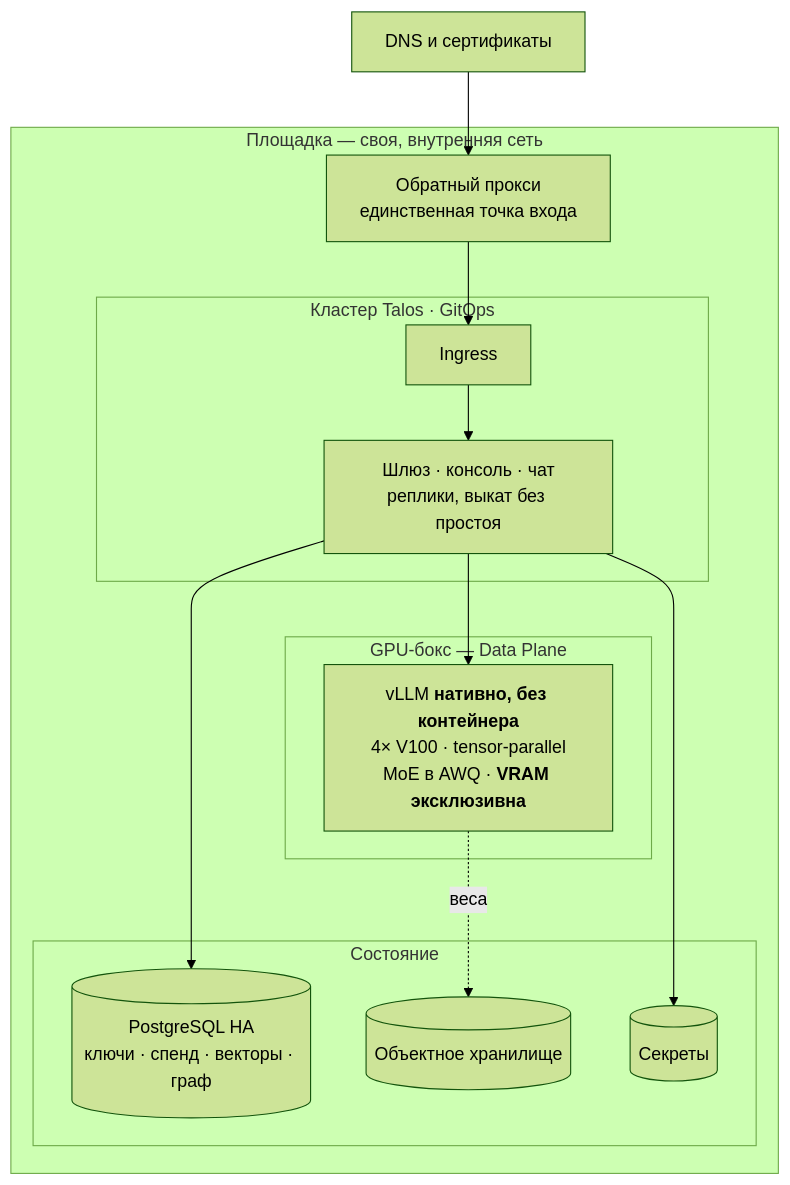
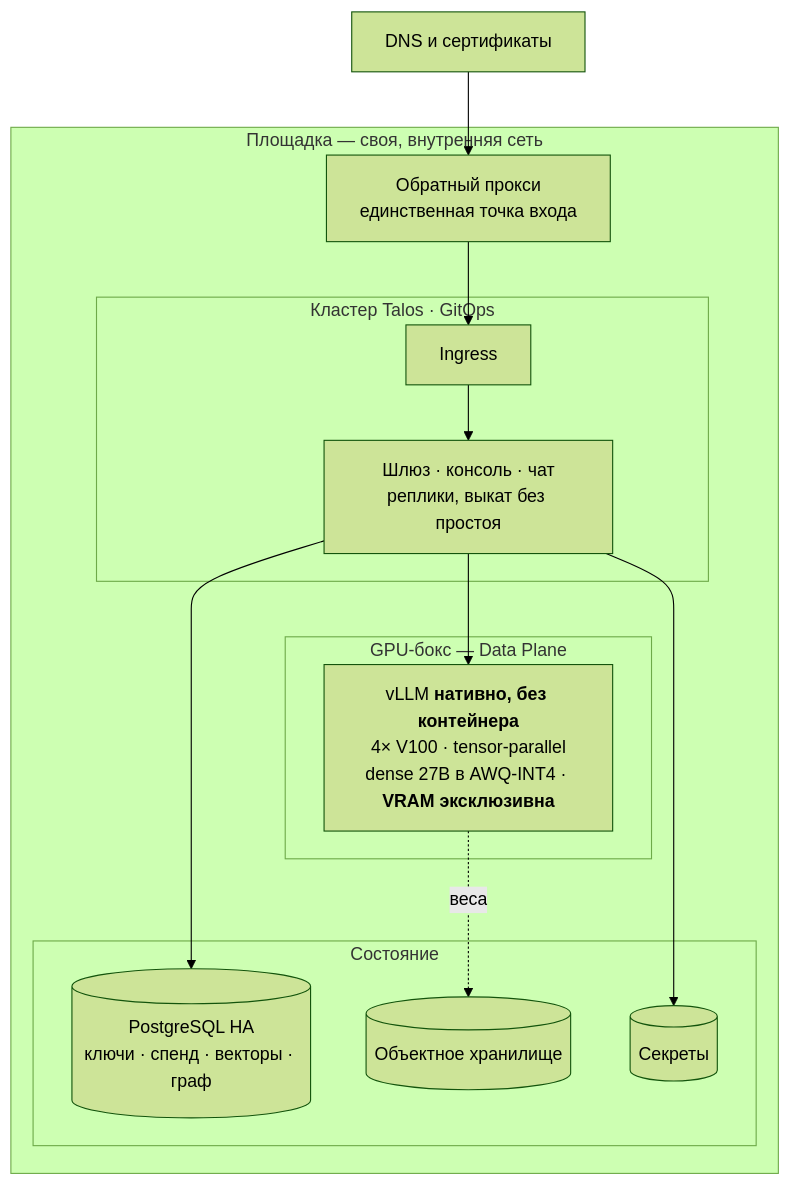
The second of 4 diagrams in final-project/docs/presentation-5min.md (ZubikIT/ai-architect), drawn with Mermaid (forest theme) before and after one commit. The commit also changed other lines of this file and 10 other files, not shown here.

````diff
--- a/final-project/docs/presentation-5min.md
+++ b/final-project/docs/presentation-5min.md
@@ -72,22 +72,22 @@
 ```mermaid
 flowchart TB
   cf["DNS и сертификаты"]
   subgraph dc["Площадка — своя, внутренняя сеть"]
     npm["Обратный прокси<br/>единственная точка входа"]
     subgraph k8s["Кластер Talos · GitOps"]
       ing["Ingress"]
       pods["Шлюз · консоль · чат<br/>реплики, выкат без простоя"]
     end
     subgraph gpu["GPU-бокс — Data Plane"]
-      vllm["vLLM <b>нативно, без контейнера</b><br/>4× V100 · tensor-parallel<br/>MoE в AWQ · <b>VRAM эксклюзивна</b>"]
+      vllm["vLLM <b>нативно, без контейнера</b><br/>4× V100 · tensor-parallel<br/>dense 27B в AWQ-INT4 · <b>VRAM эксклюзивна</b>"]
     end
     subgraph st["Состояние"]
       pgc[("PostgreSQL HA<br/>ключи · спенд · векторы · граф")]
       s3c[("Объектное хранилище")]
       vlt[("Секреты")]
     end
   end
   cf --> npm --> ing --> pods
   pods --> vllm & pgc & vlt
   vllm -.->|"веса"| s3c
 ```
````
